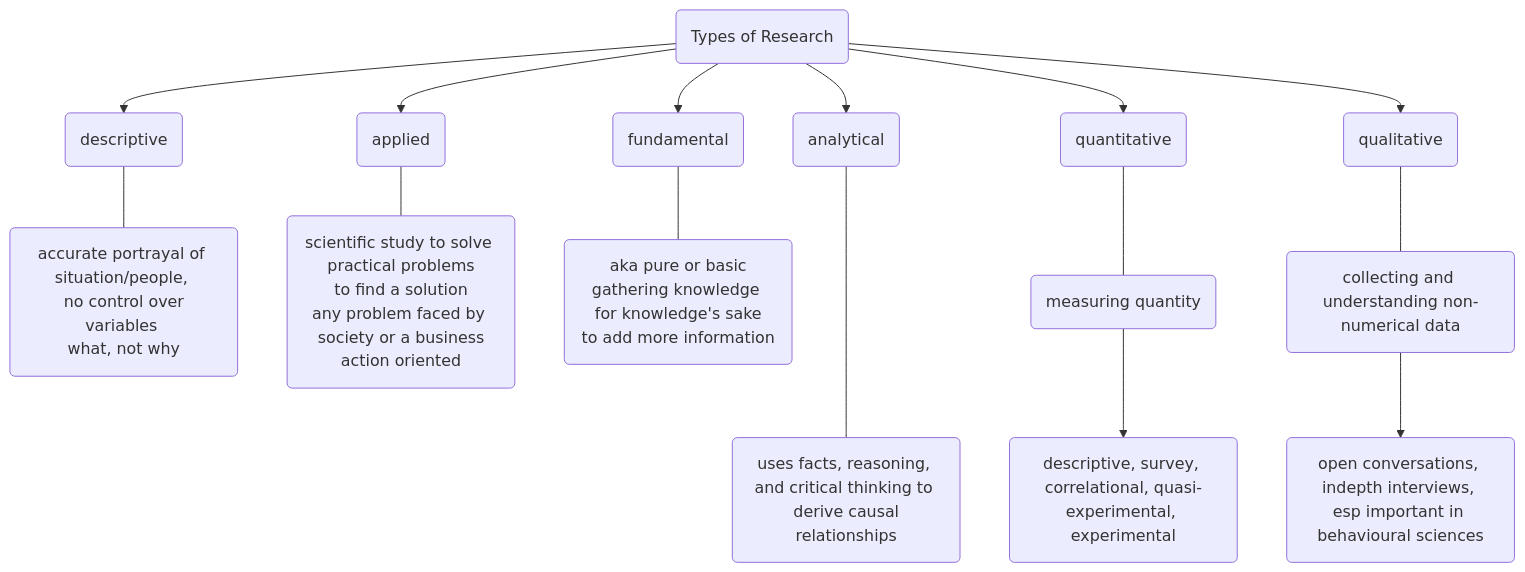
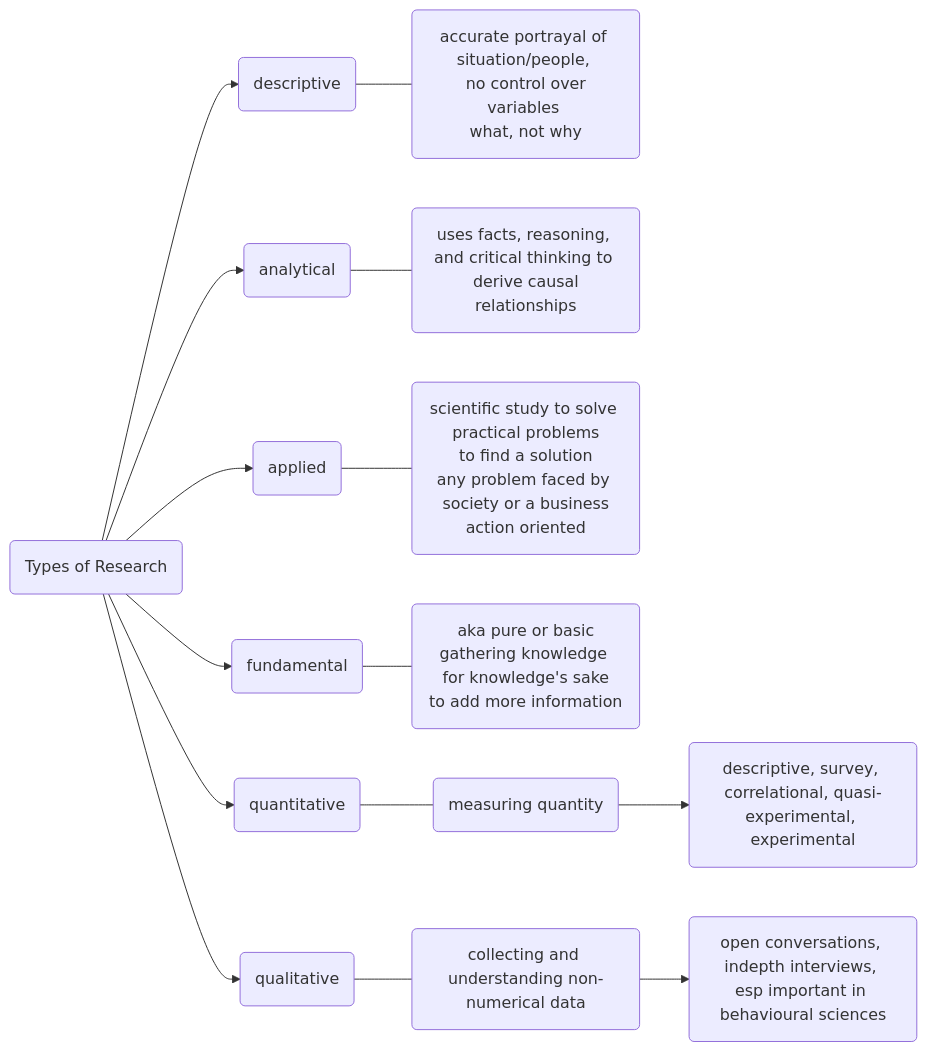
Before and after one commit to corvusdeinanis/cuddly-train: the diagram in content/Introduction to Research Methodologies.md, drawn with Mermaid.

Commit message:
Update Introduction to Research Methodologies.md

````diff
--- a/content/Introduction to Research Methodologies.md
+++ b/content/Introduction to Research Methodologies.md
@@ -49,25 +49,25 @@
 ```mermaid
-flowchart TB
+flowchart LR
 A(Types of Research)
 A-->B(descriptive)
 A-->C(analytical)
 A-->D(applied)
 A-->E(fundamental)
 A-->F(quantitative)
 A-->G(qualitative)
 
 B---BI(accurate portrayal of situation/people, <br> no control over variables <br> what, not why <br> )
 
-C----CI(uses facts, reasoning, and critical thinking to <br> derive causal relationships)
+C---CI(uses facts, reasoning, and critical thinking to <br> derive causal relationships)
 
 D---DI(scientific study to solve practical problems<br>to find a solution<br>any problem faced by society or a business<br>action oriented)
 
 E---EI(aka pure or basic<br>gathering knowledge for knowledge's sake<br>to add more information)
 
 F---Z(measuring quantity)
 Z-->Y(descriptive, survey, correlational, quasi-experimental, experimental)
 
 G---X(collecting and understanding non-numerical data)
 X-->W(open conversations, indepth interviews, <br>esp important in behavioural sciences)
 
 ```
````
